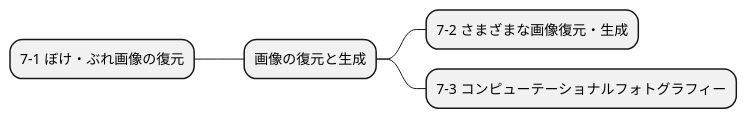
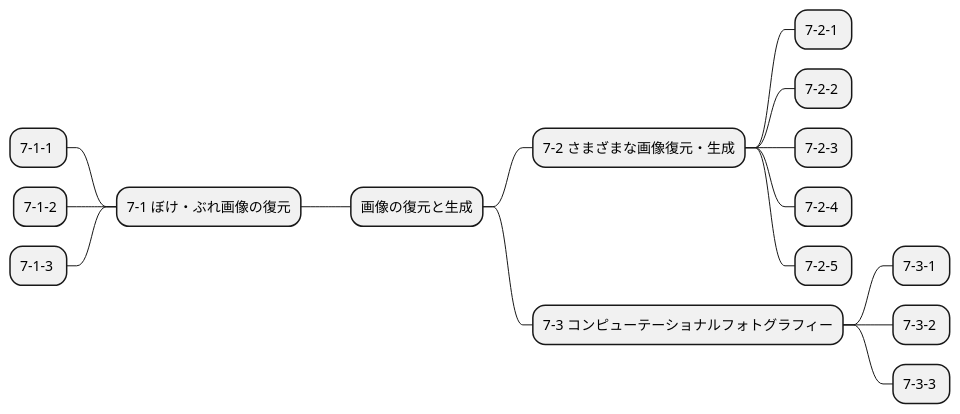
The diagram in mindmap/img_proc_expert_07.puml (Takayoshi-Matsuyama/image_processing), drawn with PlantUML before and after one commit. The commit also changed 16 other files, not shown here.

Commit message:
mindmap ex numbers

```diff
--- a/mindmap/img_proc_expert_07.puml
+++ b/mindmap/img_proc_expert_07.puml
@@ -1,6 +1,17 @@
 @startmindmap img_proc_expert_07
 + 画像の復元と生成
 -- 7-1 ぼけ・ぶれ画像の復元
+--- 7-1-1 
+--- 7-1-2
+--- 7-1-3 
 ++ 7-2 さまざまな画像復元・生成
++++ 7-2-1 
++++ 7-2-2 
++++ 7-2-3 
++++ 7-2-4 
++++ 7-2-5 
 ++ 7-3 コンピューテーショナルフォトグラフィー
++++ 7-3-1 
++++ 7-3-2 
++++ 7-3-3 
 @endmindmap
```
